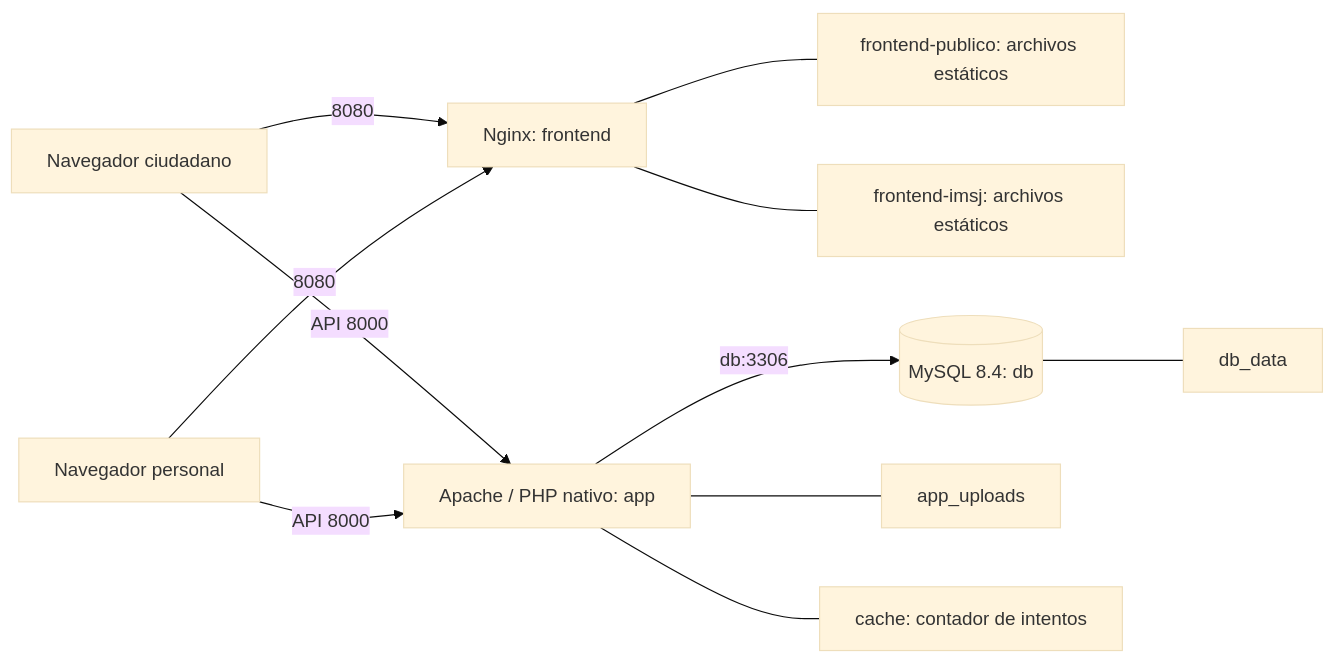
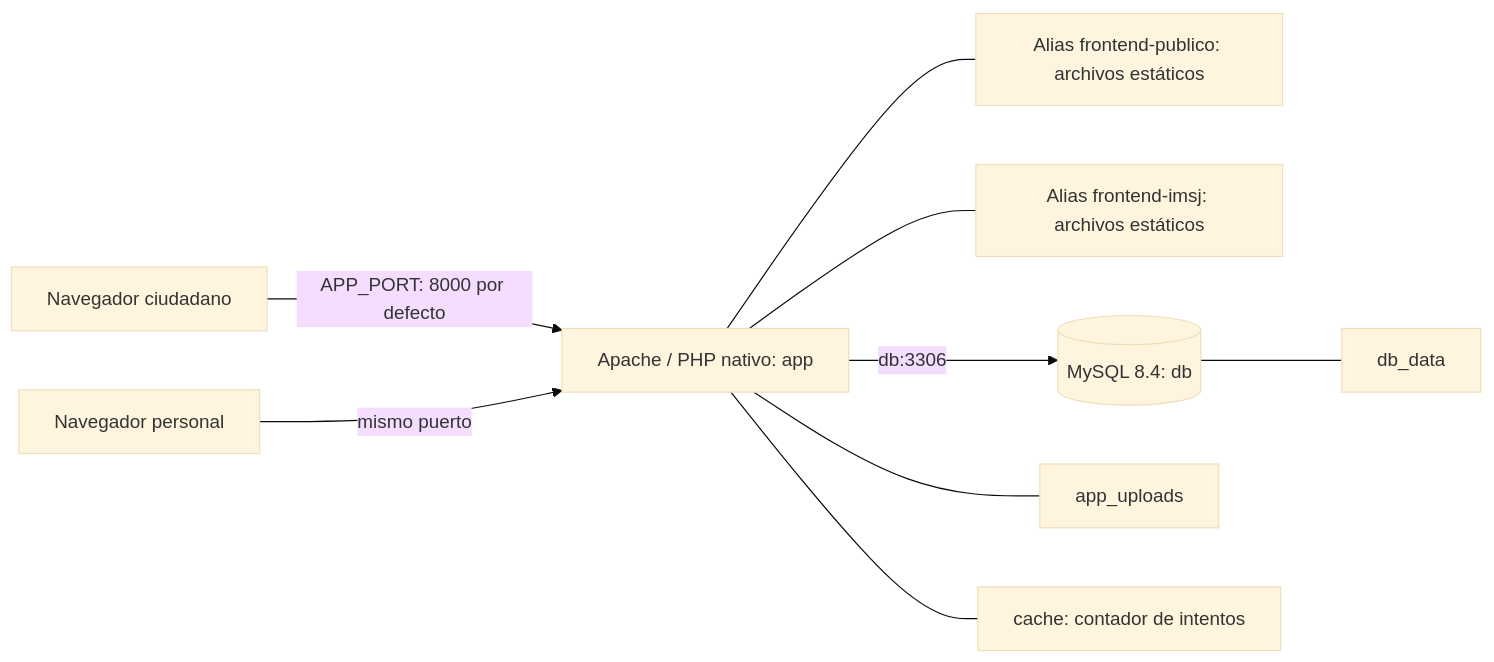
The second of 2 diagrams in docs/arquitectura_propuesta.md (totito19/Proyecto-IMSJ), drawn with Mermaid (base theme) before and after one commit. The commit also changed other lines of this file and 18 other files, not shown here.

````diff
--- a/docs/arquitectura_propuesta.md
+++ b/docs/arquitectura_propuesta.md
@@ -26,13 +26,11 @@
 ```mermaid
 flowchart LR
-    Ciudadania[Navegador ciudadano] -->|8080| Frontend[Nginx: frontend]
-    Personal[Navegador personal] -->|8080| Frontend
-    Frontend --- Publico[frontend-publico: archivos estáticos]
-    Frontend --- Panel[frontend-imsj: archivos estáticos]
-    Ciudadania -->|API 8000| App[Apache / PHP nativo: app]
-    Personal -->|API 8000| App
+    Ciudadania[Navegador ciudadano] -->|APP_PORT: 8000 por defecto| App[Apache / PHP nativo: app]
+    Personal[Navegador personal] -->|mismo puerto| App
+    App --- Publico[Alias frontend-publico: archivos estáticos]
+    App --- Panel[Alias frontend-imsj: archivos estáticos]
     App -->|db:3306| DB[(MySQL 8.4: db)]
     DB --- Datos[db_data]
     App --- Archivos[app_uploads]
     App --- Cache[cache: contador de intentos]
 ```
````
